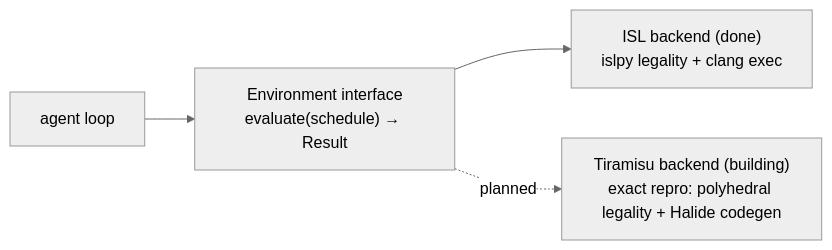
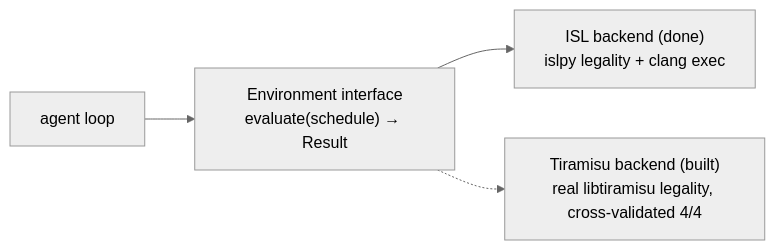
The fourth of 4 diagrams in README.md (cluster2600/cluster_compilot), drawn with Mermaid (neutral theme) before and after one commit. The commit also changed other lines of this file, not shown here.

First line of the commit message:
docs: add Documentation, Building guide, User guide, and Test results sections

````diff
--- a/README.md
+++ b/README.md
@@ -81,6 +81,6 @@
 ```mermaid
 flowchart LR
   AG["agent loop"] --> ENV["Environment interface<br/>evaluate(schedule) → Result"]
   ENV --> B1["ISL backend (done)<br/>islpy legality + clang exec"]
-  ENV -.planned.-> B2["Tiramisu backend (building)<br/>exact repro: polyhedral legality + Halide codegen"]
+  ENV -.-> B2["Tiramisu backend (built)<br/>real libtiramisu legality, cross-validated 4/4"]
 ```
````
